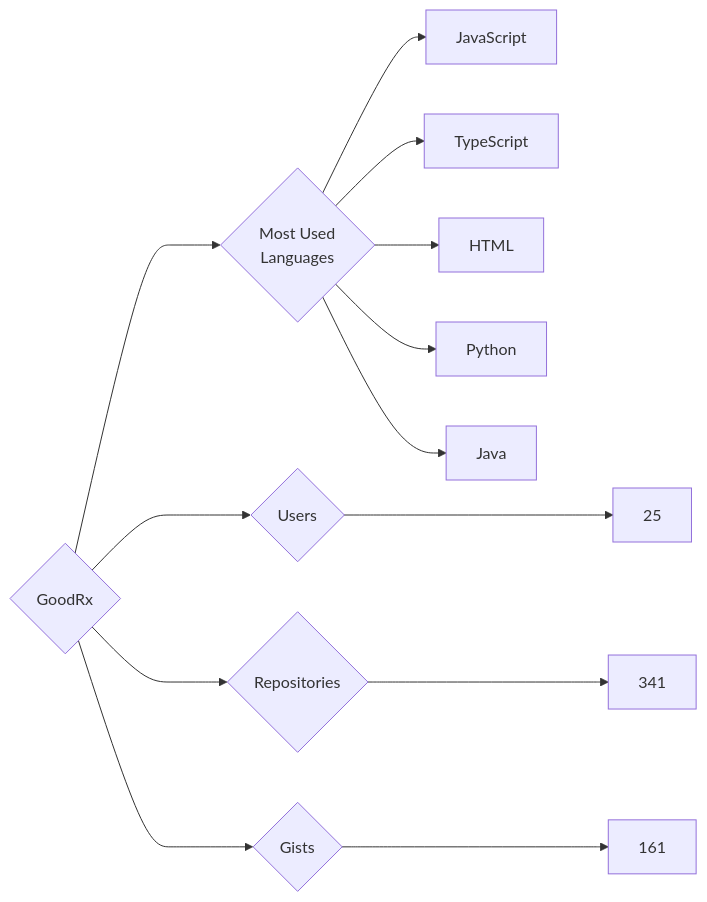
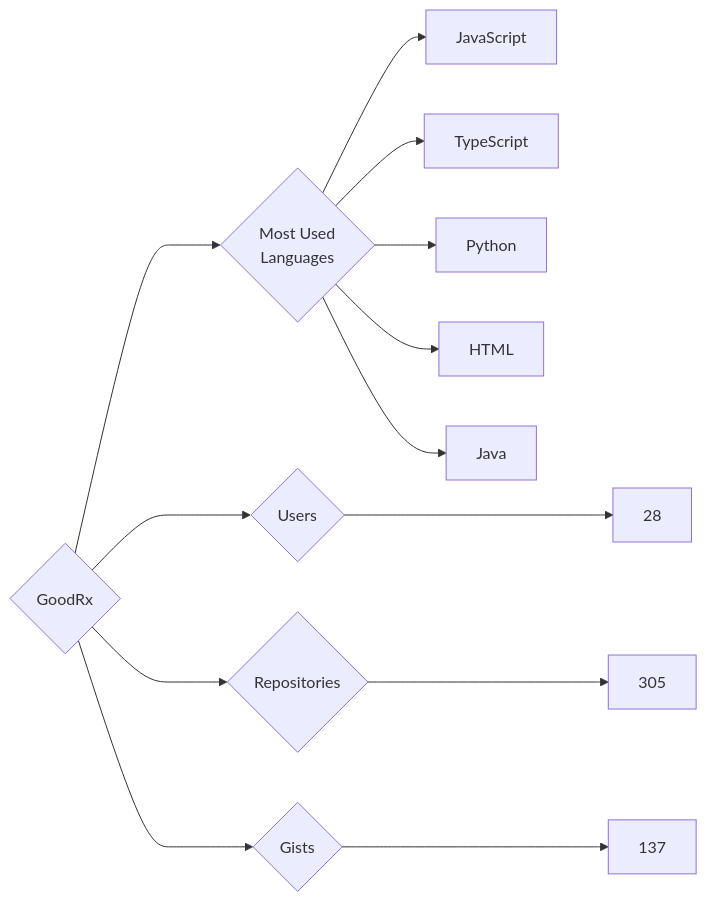
One commit to trickest/insiders changed the diagram in targets/GoodRx/README.md. Above: the diagram before and after it, drawn with Mermaid. The commit also changed 693 other files, not shown here.

````diff
--- a/targets/GoodRx/README.md
+++ b/targets/GoodRx/README.md
@@ -3,13 +3,13 @@
 ```mermaid
 graph LR
 COMPANY_NAME{GoodRx}
-COMPANY_NAME ---> U{Users} ---> UN[25]
-COMPANY_NAME ---> R{Repositories} ---> RN[341]
-COMPANY_NAME ---> G{Gists} ---> GN[161]
+COMPANY_NAME ---> U{Users} ---> UN[28]
+COMPANY_NAME ---> R{Repositories} ---> RN[305]
+COMPANY_NAME ---> G{Gists} ---> GN[137]
 COMPANY_NAME ---> ML{Most Used<br>Languages}
 ML --> JavaScript[JavaScript]
 ML --> TypeScript[TypeScript]
+ML --> Python[Python]
 ML --> HTML[HTML]
-ML --> Python[Python]
 ML --> Java[Java]
 ```
````
